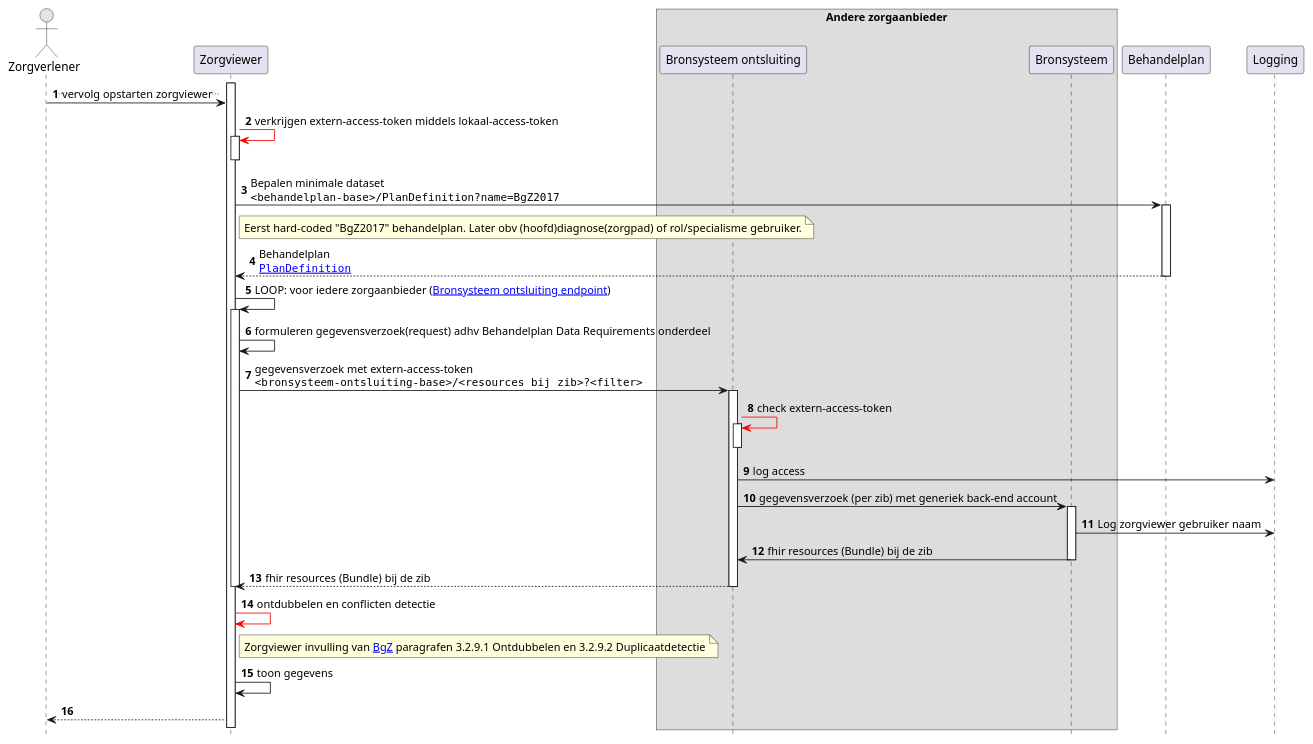
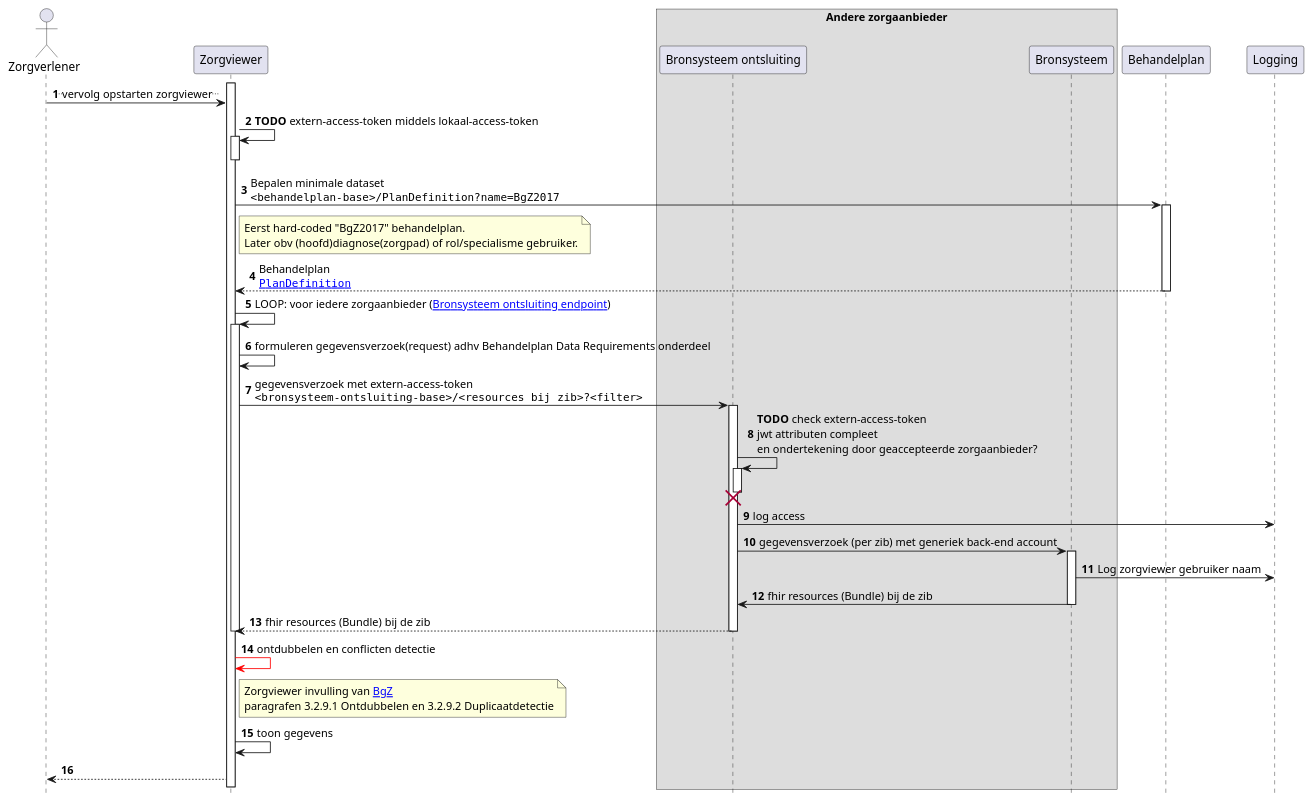
One commit to RIVO-Noord/zorgviewer-ig changed the diagram in input/images-source/Zorgviewer-seq-3.plantuml. Above: the diagram before and after it, drawn with PlantUML. The commit also changed 6 other files, not shown here.

Commit message:
Merge Geertje venn-diagram

```diff
--- a/input/images-source/Zorgviewer-seq-3.plantuml
+++ b/input/images-source/Zorgviewer-seq-3.plantuml
@@ -1,50 +1,52 @@
 @startuml
 hide footbox
 autonumber
 
 actor Zorgverlener
 participant Zorgviewer
 box "Andere zorgaanbieder"
 participant "Bronsysteem ontsluiting" as Bron
 participant Bronsysteem
 end box
 participant Behandelplan
 
 
 activate Zorgviewer
 Zorgverlener->Zorgviewer: ..vervolg opstarten zorgviewer..
-Zorgviewer-[#red]>Zorgviewer++: verkrijgen extern-access-token middels lokaal-access-token
+Zorgviewer->Zorgviewer++: **TODO** extern-access-token middels lokaal-access-token
 deactivate Zorgviewer
 Zorgviewer->Behandelplan: Bepalen minimale dataset\n""<behandelplan-base>/PlanDefinition?name=BgZ2017""
 note right Zorgviewer
-  Eerst hard-coded "BgZ2017" behandelplan. Later obv (hoofd)diagnose(zorgpad) of rol/specialisme gebruiker.
+  Eerst hard-coded "BgZ2017" behandelplan.
+  Later obv (hoofd)diagnose(zorgpad) of rol/specialisme gebruiker.
 end note
 activate Behandelplan
 Behandelplan-->Zorgviewer: Behandelplan\n""[[StructureDefinition-PlanDefinition.html PlanDefinition]]""
 deactivate Behandelplan
 Zorgviewer->Zorgviewer: LOOP: voor iedere zorgaanbieder ([[Endpoint-UMCG.html Bronsysteem ontsluiting endpoint]])
 activate Zorgviewer
 Zorgviewer->Zorgviewer: formuleren gegevensverzoek(request) adhv Behandelplan Data Requirements onderdeel
 
 Zorgviewer->Bron: gegevensverzoek met extern-access-token\n""<bronsysteem-ontsluiting-base>/<resources bij zib>?<filter>""
 activate Bron
-Bron-[#red]>Bron++ : check extern-access-token
-deactivate Bron
+Bron->Bron++ : **TODO** check extern-access-token\njwt attributen compleet\nen ondertekening door geaccepteerde zorgaanbieder?
+destroy Bron
 Bron->Logging : log access
 Bron->Bronsysteem : gegevensverzoek (per zib) met generiek back-end account
 activate Bronsysteem
 Bronsysteem->Logging : Log zorgviewer gebruiker naam
 Bronsysteem->Bron: fhir resources (Bundle) bij de zib
 deactivate Bronsysteem
 Bron-->Zorgviewer: fhir resources (Bundle) bij de zib
 deactivate Bron
 deactivate Zorgviewer
 
 Zorgviewer-[#red]>Zorgviewer: ontdubbelen en conflicten detectie
 note right of Zorgviewer
-  Zorgviewer invulling van [[https://informatiestandaarden.nictiz.nl/wiki/BgZ:V1.0_BgZ_MSZ_Informatiestandaard BgZ]] paragrafen 3.2.9.1 Ontdubbelen en 3.2.9.2 Duplicaatdetectie
+  Zorgviewer invulling van [[https://informatiestandaarden.nictiz.nl/wiki/BgZ:V1.0_BgZ_MSZ_Informatiestandaard BgZ]] 
+  paragrafen 3.2.9.1 Ontdubbelen en 3.2.9.2 Duplicaatdetectie
 end note
 Zorgviewer->Zorgviewer: toon gegevens
 Zorgviewer-->Zorgverlener
 
 @enduml
```
